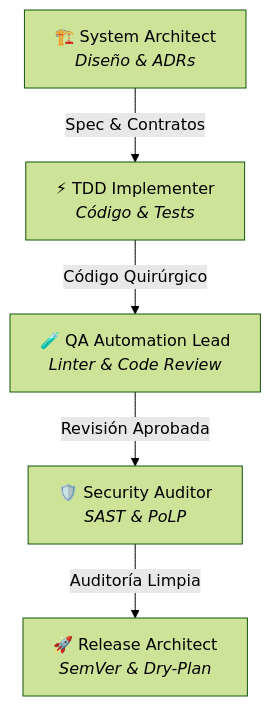
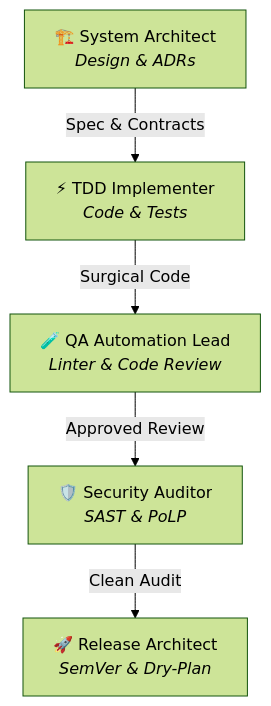
Before and after one commit to jmblanco/agentic-engineering-framework: the second of 3 diagrams in README.md, drawn with Mermaid (forest theme). The commit also changed other lines of this file and 14 other files, not shown here.

````diff
--- a/README.md
+++ b/README.md
@@ -60,13 +60,13 @@
 ```mermaid
 graph TD
-    SA["🏗️ System Architect<br/><i>Diseño & ADRs</i>"]
-    TI["⚡ TDD Implementer<br/><i>Código & Tests</i>"]
+    SA["🏗️ System Architect<br/><i>Design & ADRs</i>"]
+    TI["⚡ TDD Implementer<br/><i>Code & Tests</i>"]
     QA["🧪 QA Automation Lead<br/><i>Linter & Code Review</i>"]
     SEC["🛡️ Security Auditor<br/><i>SAST & PoLP</i>"]
     REL["🚀 Release Architect<br/><i>SemVer & Dry-Plan</i>"]
 
-    SA -->|"Spec & Contratos"| TI
-    TI -->|"Código Quirúrgico"| QA
-    QA -->|"Revisión Aprobada"| SEC
-    SEC -->|"Auditoría Limpia"| REL
+    SA -->|"Spec & Contracts"| TI
+    TI -->|"Surgical Code"| QA
+    QA -->|"Approved Review"| SEC
+    SEC -->|"Clean Audit"| REL
 ```
````
